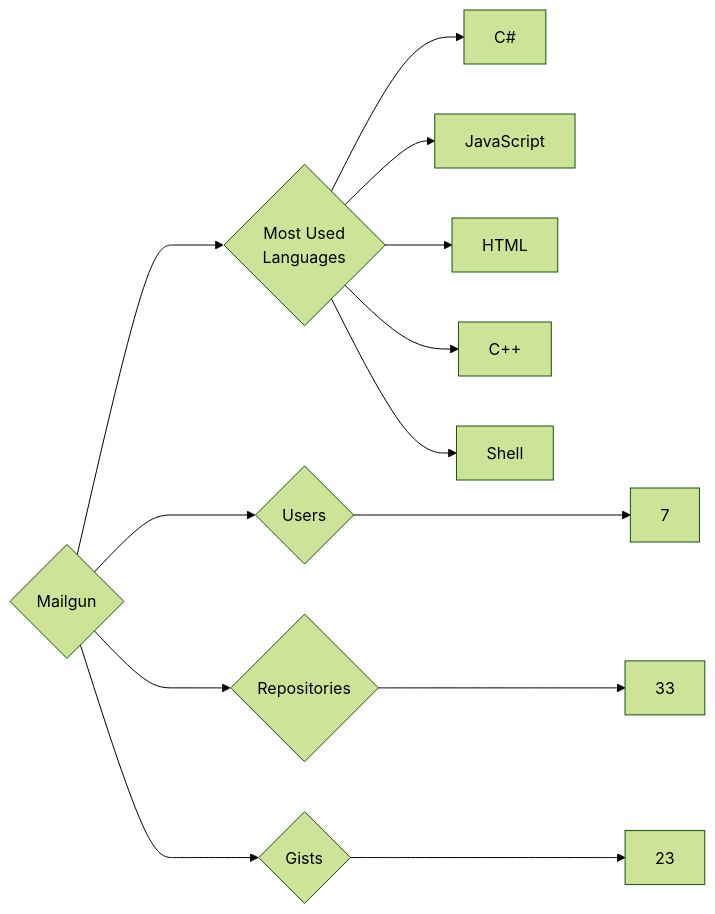
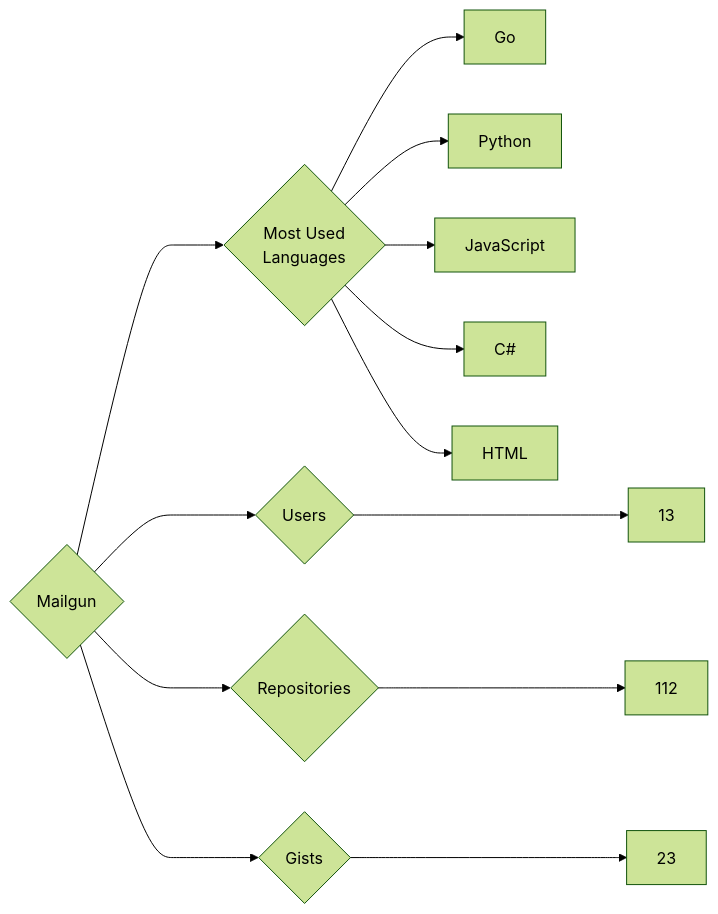
The diagram in targets/Mailgun/README.md (trickest/insiders), drawn with Mermaid (forest theme) before and after one commit. The commit also changed 895 other files, not shown here.

````diff
--- a/targets/Mailgun/README.md
+++ b/targets/Mailgun/README.md
@@ -3,13 +3,13 @@
 ```mermaid
 graph LR
 COMPANY_NAME{Mailgun}
-COMPANY_NAME ---> U{Users} ---> UN[7]
-COMPANY_NAME ---> R{Repositories} ---> RN[33]
+COMPANY_NAME ---> U{Users} ---> UN[13]
+COMPANY_NAME ---> R{Repositories} ---> RN[112]
 COMPANY_NAME ---> G{Gists} ---> GN[23]
 COMPANY_NAME ---> ML{Most Used<br>Languages}
+ML --> Go[Go]
+ML --> Python[Python]
+ML --> JavaScript[JavaScript]
 ML --> C#[C#]
-ML --> JavaScript[JavaScript]
 ML --> HTML[HTML]
-ML --> C++[C++]
-ML --> Shell[Shell]
 ```
````
